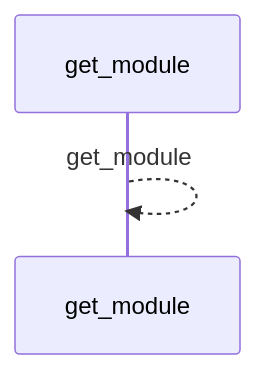
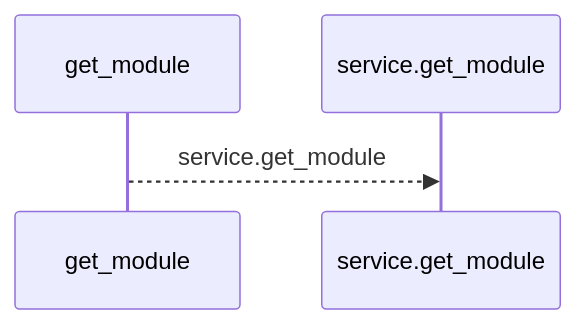
One commit to Denissvgn/python-wiki-llm changed the first of 2 diagrams in docs/llm_wiki/flows/mcp-get_module.md. Above: the diagram before and after it, drawn with Mermaid. The commit also changed other lines of this file and 719 other files, not shown here.

````diff
--- a/docs/llm_wiki/flows/mcp-get_module.md
+++ b/docs/llm_wiki/flows/mcp-get_module.md
@@ -10,5 +10,6 @@
 ```mermaid
 sequenceDiagram
     participant p0 as get_module
-    p0-->>p0: get_module
+    participant p1 as service.get_module
+    p0-->>p1: service.get_module
 ```
````
